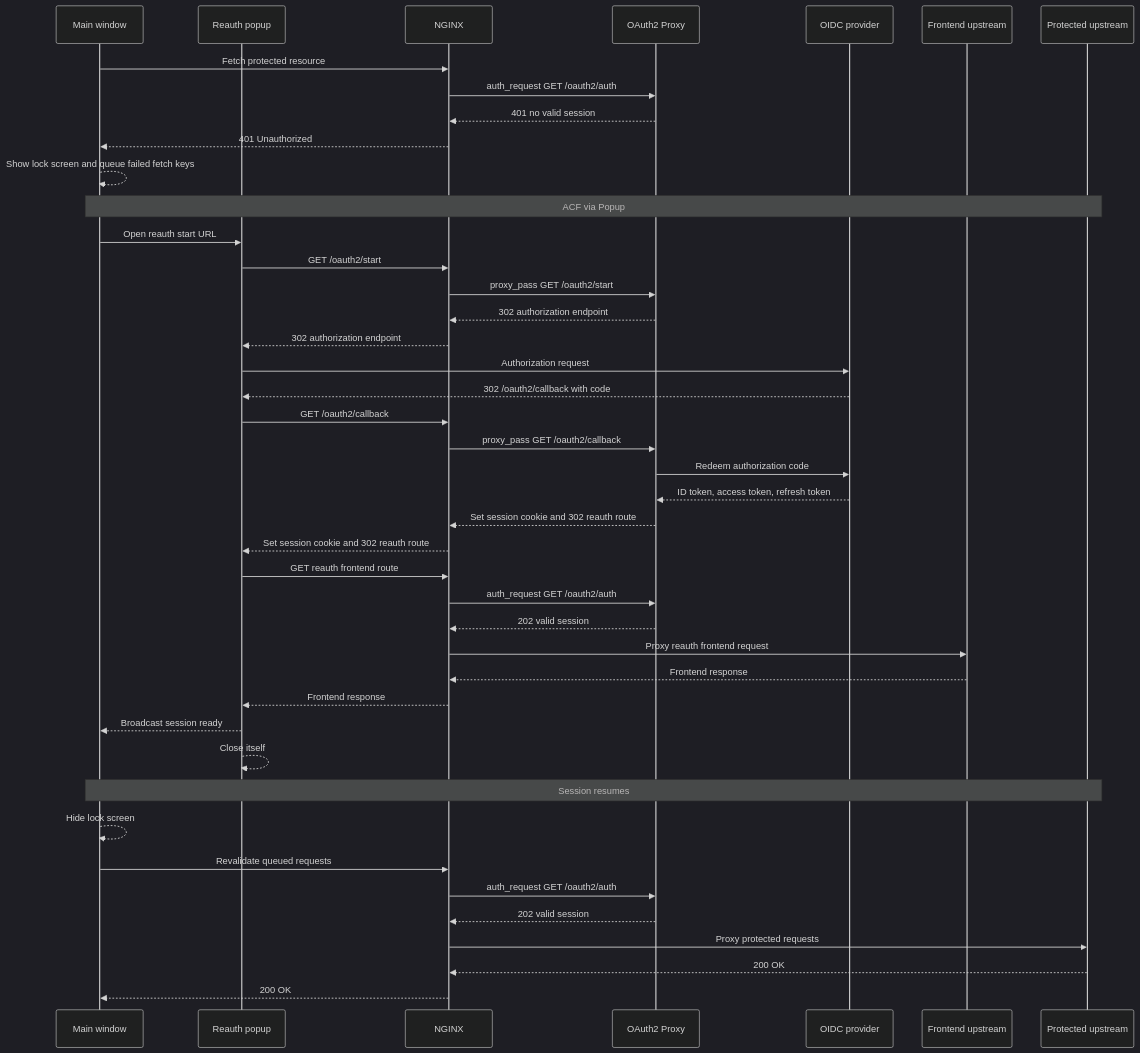
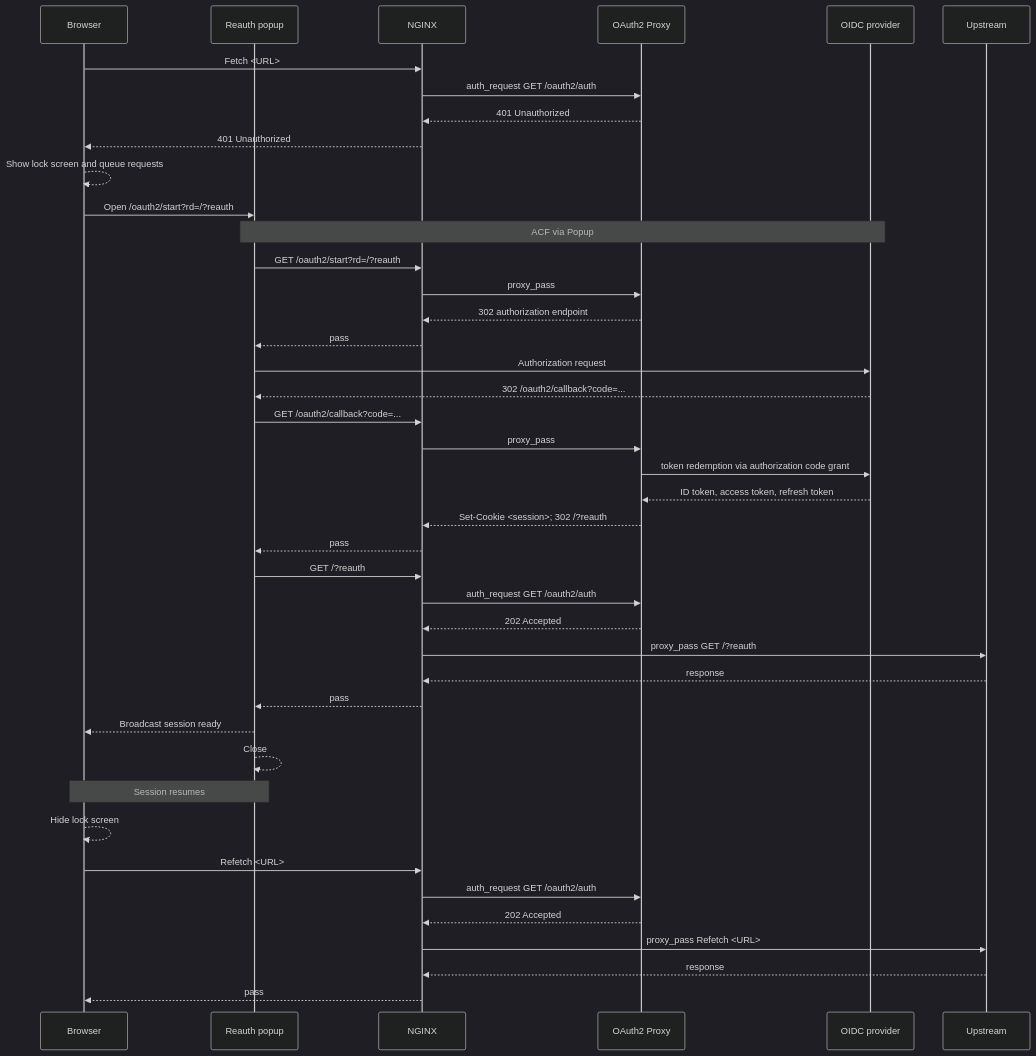
Before and after one commit to blakearoberts/visage: the third of 6 diagrams in docs/session-lifecycle.md, drawn with Mermaid (dark theme). The commit also changed other lines of this file and 13 other files, not shown here.

````diff
--- a/docs/session-lifecycle.md
+++ b/docs/session-lifecycle.md
@@ -59,48 +59,47 @@
 ```mermaid
 sequenceDiagram
-  participant Main as Main window
+  participant Browser
   participant Popup as Reauth popup
   participant NGINX
   participant Proxy as OAuth2 Proxy
   participant IdP as OIDC provider
-  participant Frontend as Frontend upstream
-  participant API as Protected upstream
+  participant Upstream
 
-  Main->>NGINX: Fetch protected resource
+  Browser->>NGINX: Fetch <URL>
   NGINX->>Proxy: auth_request GET /oauth2/auth
-  Proxy-->>NGINX: 401 no valid session
-  NGINX-->>Main: 401 Unauthorized
-  Main-->>Main: Show lock screen and queue failed fetch keys
+  Proxy-->>NGINX: 401 Unauthorized
+  NGINX-->>Browser: 401 Unauthorized
+  Browser-->>Browser: Show lock screen and queue requests
 
-  Note over Main,API: ACF via Popup
-  Main->>Popup: Open reauth start URL
-  Popup->>NGINX: GET /oauth2/start
-  NGINX->>Proxy: proxy_pass GET /oauth2/start
+  Browser->>Popup: Open /oauth2/start?rd=/?reauth
+  Note over Popup,IdP: ACF via Popup
+  Popup->>NGINX: GET /oauth2/start?rd=/?reauth
+  NGINX->>Proxy: proxy_pass
   Proxy-->>NGINX: 302 authorization endpoint
-  NGINX-->>Popup: 302 authorization endpoint
+  NGINX-->>Popup: pass
   Popup->>IdP: Authorization request
-  IdP-->>Popup: 302 /oauth2/callback with code
-  Popup->>NGINX: GET /oauth2/callback
-  NGINX->>Proxy: proxy_pass GET /oauth2/callback
-  Proxy->>IdP: Redeem authorization code
+  IdP-->>Popup: 302 /oauth2/callback?code=...
+  Popup->>NGINX: GET /oauth2/callback?code=...
+  NGINX->>Proxy: proxy_pass
+  Proxy->>IdP: token redemption via authorization code grant
   IdP-->>Proxy: ID token, access token, refresh token
-  Proxy-->>NGINX: Set session cookie and 302 reauth route
-  NGINX-->>Popup: Set session cookie and 302 reauth route
-  Popup->>NGINX: GET reauth frontend route
+  Proxy-->>NGINX: Set-Cookie <session>#59; 302 /?reauth
+  NGINX-->>Popup: pass
+  Popup->>NGINX: GET /?reauth
   NGINX->>Proxy: auth_request GET /oauth2/auth
-  Proxy-->>NGINX: 202 valid session
-  NGINX->>Frontend: Proxy reauth frontend request
-  Frontend-->>NGINX: Frontend response
-  NGINX-->>Popup: Frontend response
-  Popup-->>Main: Broadcast session ready
-  Popup-->>Popup: Close itself
+  Proxy-->>NGINX: 202 Accepted
+  NGINX->>Upstream: proxy_pass GET /?reauth
+  Upstream-->>NGINX: response
+  NGINX-->>Popup: pass
+  Popup-->>Browser: Broadcast session ready
+  Popup-->>Popup: Close
 
-  Note over Main,API: Session resumes
-  Main-->>Main: Hide lock screen
-  Main->>NGINX: Revalidate queued requests
+  Note over Browser,Popup: Session resumes
+  Browser-->>Browser: Hide lock screen
+  Browser->>NGINX: Refetch <URL>
   NGINX->>Proxy: auth_request GET /oauth2/auth
-  Proxy-->>NGINX: 202 valid session
-  NGINX->>API: Proxy protected requests
-  API-->>NGINX: 200 OK
-  NGINX-->>Main: 200 OK
+  Proxy-->>NGINX: 202 Accepted
+  NGINX->>Upstream: proxy_pass Refetch <URL>
+  Upstream-->>NGINX: response
+  NGINX-->>Browser: pass
 ```
````
